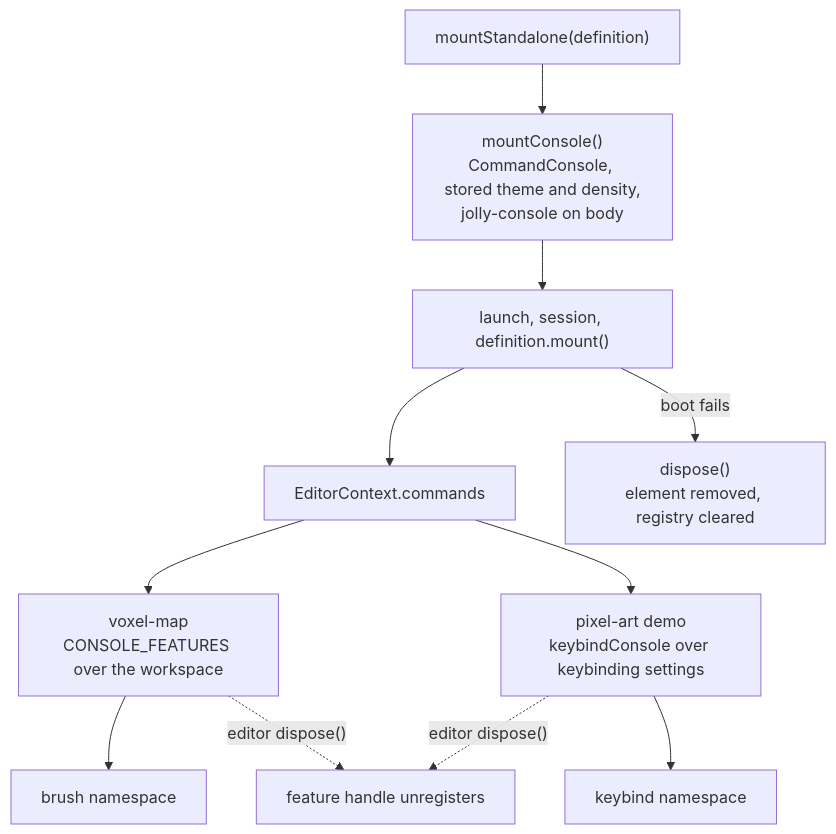
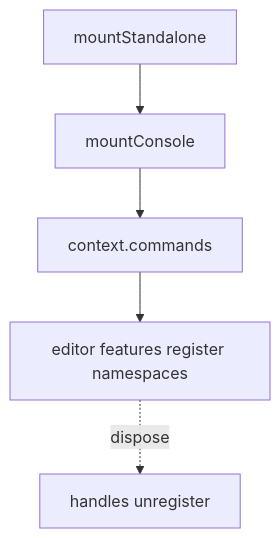
One commit to JollyPixel/editor changed the fifth of 5 diagrams in packages/console/ARCHITECTURE.md. Above: the diagram before and after it, drawn with Mermaid. The commit also changed other lines of this file and 32 other files, not shown here.

Commit message:
feat(console): implement native script command

````diff
--- a/packages/console/ARCHITECTURE.md
+++ b/packages/console/ARCHITECTURE.md
@@ -188,13 +100,7 @@
 ```mermaid
 flowchart TB
-    Standalone["mountStandalone(definition)"] --> Mount["mountConsole()<br/>CommandConsole, stored theme and density,<br/>jolly-console on body"]
-    Mount --> Boot["launch, session, definition.mount()"]
-    Boot --> Context["EditorContext.commands"]
-    Boot -->|"boot fails"| Dispose["dispose()<br/>element removed, registry cleared"]
-    Context --> VoxelMap["voxel-map<br/>CONSOLE_FEATURES over the workspace"]
-    Context --> PixelArt["pixel-art demo<br/>keybindConsole over keybinding settings"]
-    VoxelMap --> Brush["brush namespace"]
-    PixelArt --> Keybind["keybind namespace"]
-    VoxelMap -. "editor dispose()" .-> Release["feature handle unregisters"]
-    PixelArt -. "editor dispose()" .-> Release
+    Host["mountStandalone"] --> Mount["mountConsole"]
+    Mount --> Context["context.commands"]
+    Context --> Features["editor features register namespaces"]
+    Features -. "dispose" .-> Release["handles unregister"]
 ```
````
